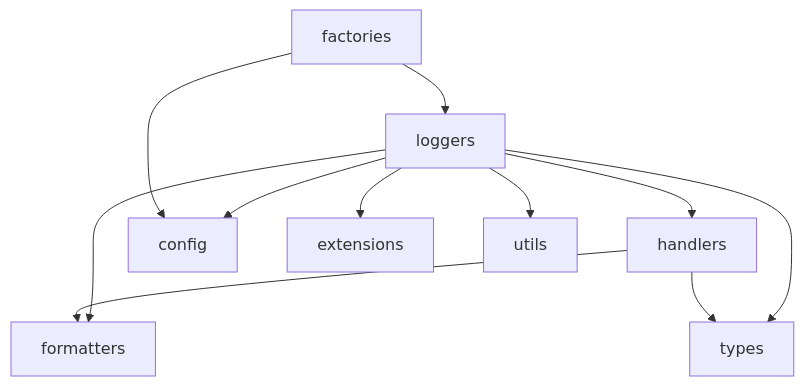
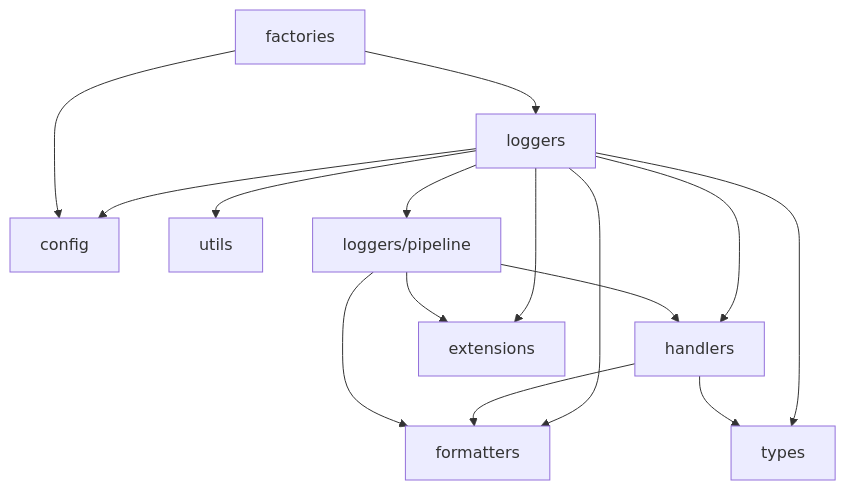
Before and after one commit to SavinRazvan/hydra-logger: the eighth of 8 diagrams in docs/WORKFLOW_ARCHITECTURE.md, drawn with Mermaid. The commit also changed other lines of this file and 53 other files, not shown here.

First line of the commit message:
docs(readme,modules): sharpen public docs and onboarding flow

````diff
--- a/docs/WORKFLOW_ARCHITECTURE.md
+++ b/docs/WORKFLOW_ARCHITECTURE.md
@@ -125,13 +128,17 @@
 ```mermaid
 graph TD
   loggersPkg[loggers] --> handlersPkg[handlers]
   loggersPkg --> formattersPkg[formatters]
   loggersPkg --> configPkg[config]
   loggersPkg --> typesPkg[types]
   loggersPkg --> extensionsPkg[extensions]
   loggersPkg --> utilsPkg[utils]
   factoriesPkg[factories] --> loggersPkg
   factoriesPkg --> configPkg
   handlersPkg --> formattersPkg
   handlersPkg --> typesPkg
+  loggersPkg --> pipelinePkg[loggers/pipeline]
+  pipelinePkg --> handlersPkg
+  pipelinePkg --> formattersPkg
+  pipelinePkg --> extensionsPkg
 ```
````
